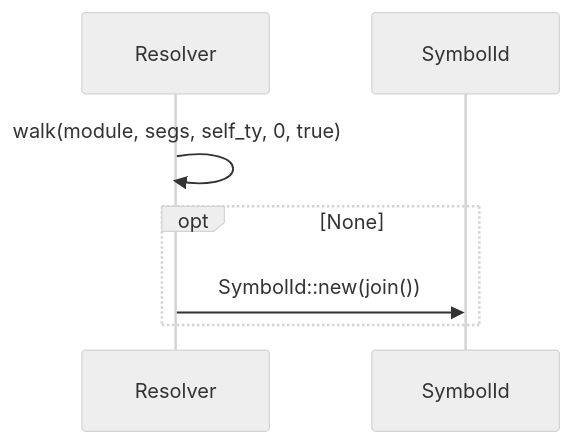
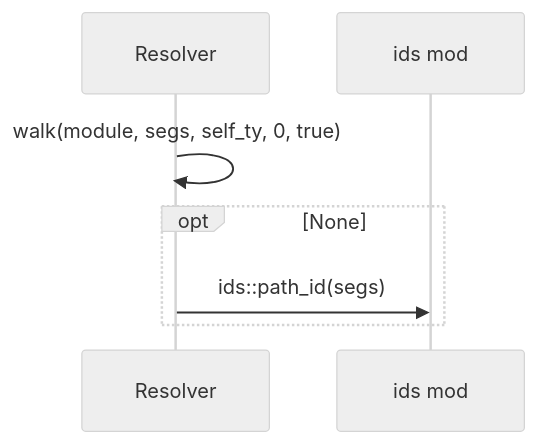
One commit to DreamLab-AI/codemaid changed the fifth of 16 diagrams in docs/sealmap/crates/sealmap-rust/src/resolve.rs.md. Above: the diagram before and after it, drawn with Mermaid (neutral theme). The commit also changed other lines of this file and 37 other files, not shown here.

First line of the commit message:
frontend: extract sealmap-frontend from sealmap-rust

````diff
--- a/docs/sealmap/crates/sealmap-rust/src/resolve.rs.md
+++ b/docs/sealmap/crates/sealmap-rust/src/resolve.rs.md
@@ -311,9 +293,9 @@
 ```mermaid
 sequenceDiagram
   participant sealmap_rust__resolve__Resolver as Resolver
-  participant sealmap_model__symbol__SymbolId as SymbolId
+  participant sealmap_frontend__ids as ids mod
   sealmap_rust__resolve__Resolver->>sealmap_rust__resolve__Resolver: walk(module, segs, self_ty, 0, true)
   opt None
-    sealmap_rust__resolve__Resolver->>sealmap_model__symbol__SymbolId: SymbolId::new(join())
+    sealmap_rust__resolve__Resolver->>sealmap_frontend__ids: ids::path_id(segs)
   end
 ```
````
